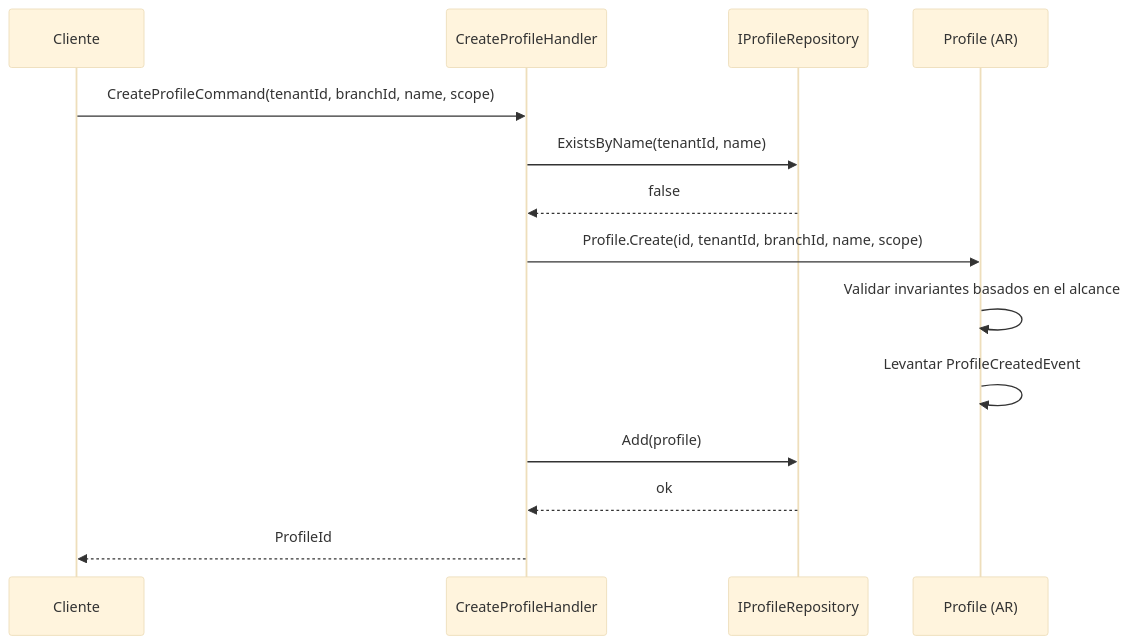
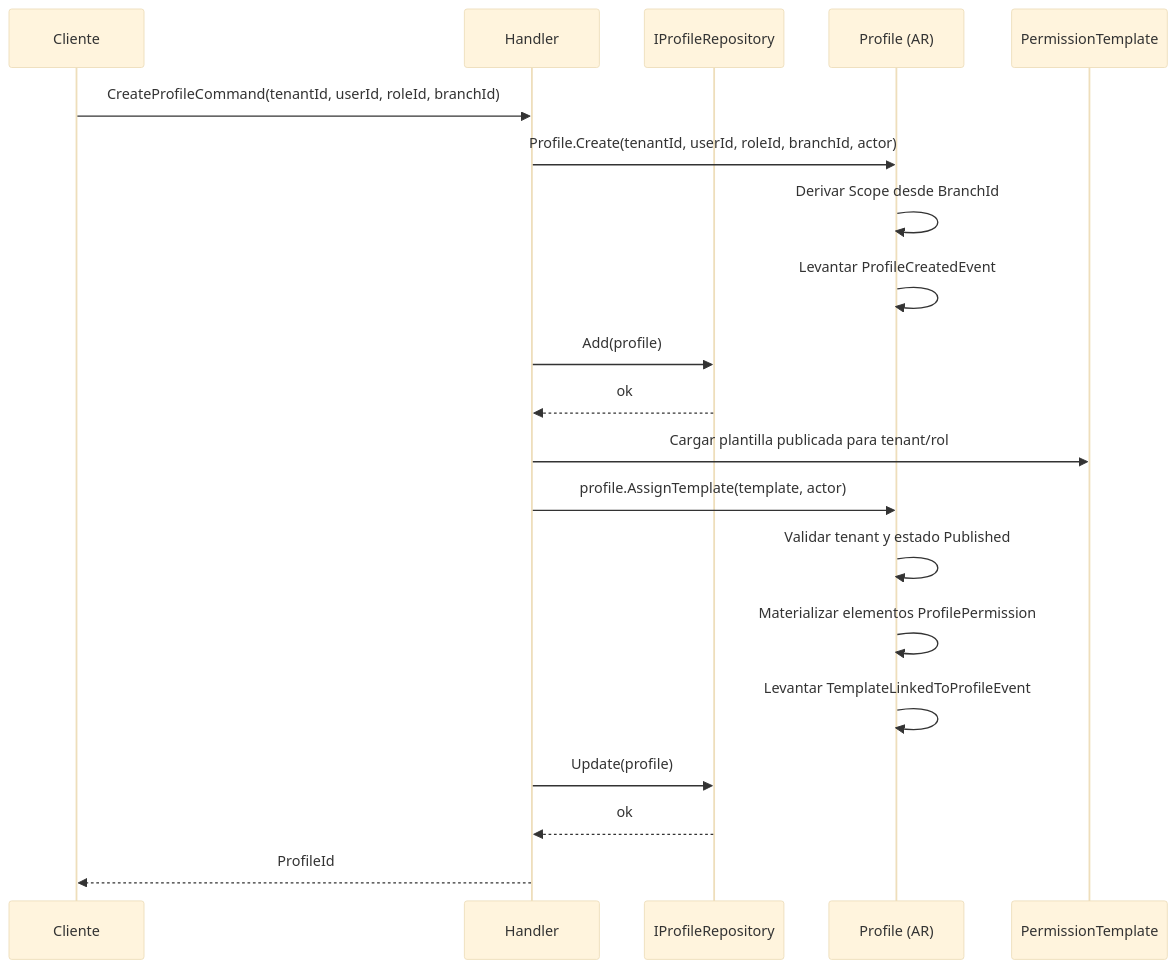
Before and after one commit to beyondnetcode/ums: the second of 4 diagrams in docs/domain-es/authorization/profile.md, drawn with Mermaid (base theme). The commit also changed other lines of this file and 19 other files, not shown here.

````diff
--- a/docs/domain-es/authorization/profile.md
+++ b/docs/domain-es/authorization/profile.md
@@ -128,17 +132,23 @@
 ```mermaid
 sequenceDiagram
     participant C as Cliente
-    participant H as CreateProfileHandler
+    participant H as Handler
     participant R as IProfileRepository
     participant P as Profile (AR)
+    participant T as PermissionTemplate
 
-    C->>H: CreateProfileCommand(tenantId, branchId, name, scope)
-    H->>R: ExistsByName(tenantId, name)
-    R-->>H: false
-    H->>P: Profile.Create(id, tenantId, branchId, name, scope)
-    P->>P: Validar invariantes basados en el alcance
+    C->>H: CreateProfileCommand(tenantId, userId, roleId, branchId)
+    H->>P: Profile.Create(tenantId, userId, roleId, branchId, actor)
+    P->>P: Derivar Scope desde BranchId
     P->>P: Levantar ProfileCreatedEvent
     H->>R: Add(profile)
     R-->>H: ok
+    H->>T: Cargar plantilla publicada para tenant/rol
+    H->>P: profile.AssignTemplate(template, actor)
+    P->>P: Validar tenant y estado Published
+    P->>P: Materializar elementos ProfilePermission
+    P->>P: Levantar TemplateLinkedToProfileEvent
+    H->>R: Update(profile)
+    R-->>H: ok
     H-->>C: ProfileId
 ```
````
